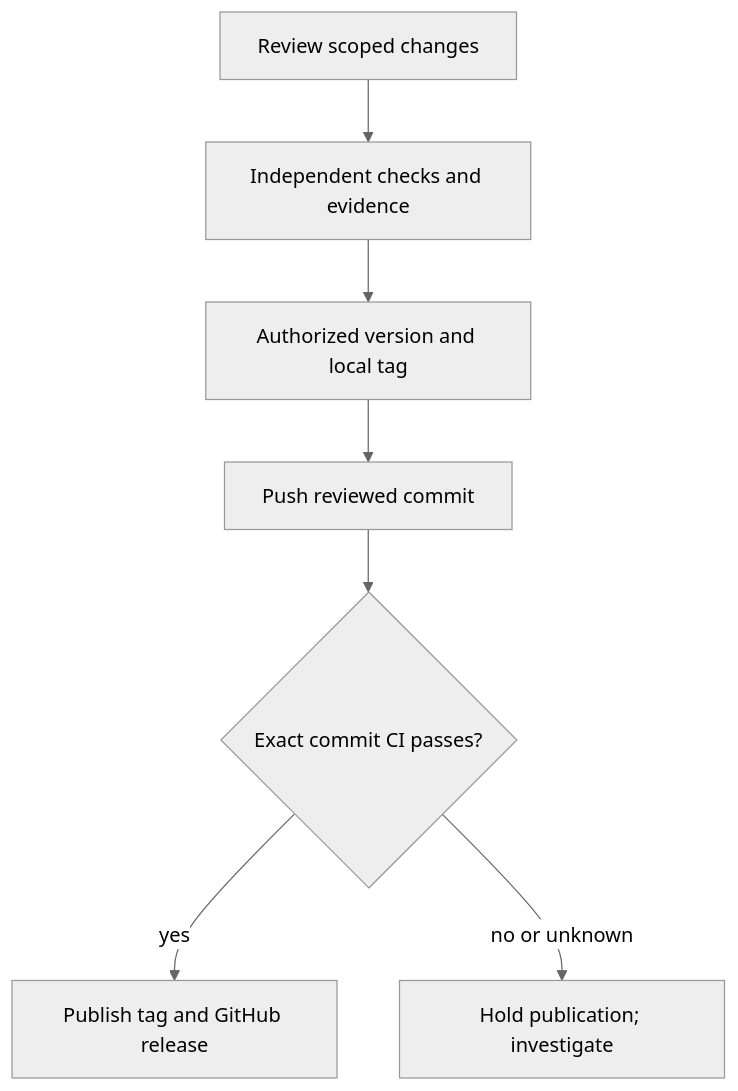
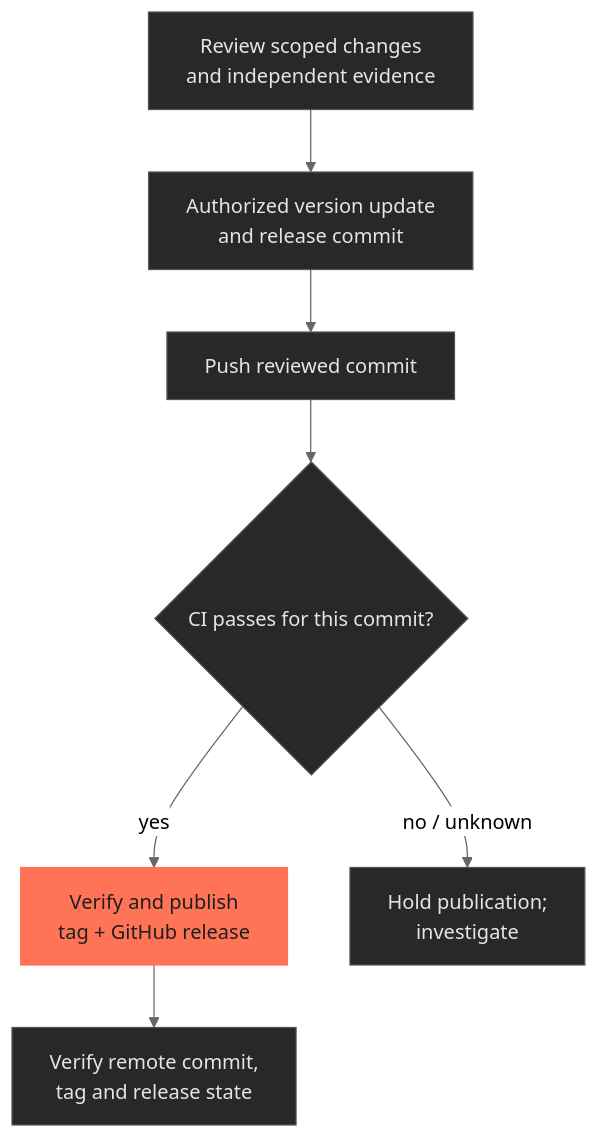
One commit to JosephOIbrahim/Synapse changed the eighth of 8 diagrams in docs/architecture/overview.md. Above: the diagram before and after it, drawn with Mermaid (neutral theme). The commit also changed other lines of this file and 4 other files, not shown here.

Commit message:
docs: simplify README and refresh workflow diagrams

````diff
--- a/docs/architecture/overview.md
+++ b/docs/architecture/overview.md
@@ -218,9 +259,14 @@
 ```mermaid
 flowchart TD
-    A["Review scoped changes"] --> B["Independent checks and evidence"]
-    B --> C["Authorized version and local tag"]
-    C --> D["Push reviewed commit"]
-    D --> E{"Exact commit CI passes?"}
-    E -->|"yes"| F["Publish tag and GitHub release"]
-    E -->|"no or unknown"| G["Hold publication; investigate"]
+    accTitle: Publish only the reviewed and checked release commit
+    accDescr: Review changes and independent evidence, prepare an authorized version commit, push it, and require CI for that exact commit. Publish its tag and release only after the checks pass, then verify the remote references and release state.
+    A["Review scoped changes<br/>and independent evidence"] --> B["Authorized version update<br/>and release commit"]
+    B --> P["Push reviewed commit"]
+    P --> C{"CI passes for this commit?"}
+    C -->|"yes"| T["Verify and publish<br/>tag + GitHub release"]
+    C -->|"no / unknown"| H["Hold publication;<br/>investigate"]
+    T --> V["Verify remote commit,<br/>tag and release state"]
+    classDef default fill:#282828,stroke:#555555,color:#E5E5E5
+    classDef synapse fill:#FF7457,stroke:#FF7457,color:#1F1F1F
+    class T synapse
 ```
````
